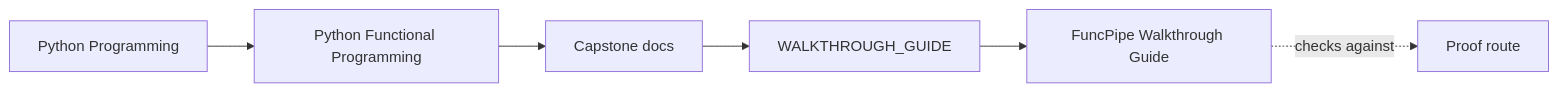
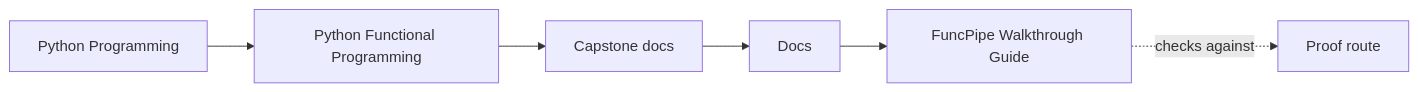
Before and after one commit to bijux/bijux-masterclass: the first of 2 diagrams in programs/python-programming/python-functional-programming/capstone/docs/walkthrough-guide.md, drawn with Mermaid. The commit also changed other lines of this file and 108 other files, not shown here.

````diff
--- a/programs/python-programming/python-functional-programming/capstone/docs/walkthrough-guide.md
+++ b/programs/python-programming/python-functional-programming/capstone/docs/walkthrough-guide.md
@@ -7,12 +7,12 @@
 ```mermaid
 graph LR
   family["Python Programming"]
   program["Python Functional Programming"]
   guide["Capstone docs"]
-  section["WALKTHROUGH_GUIDE"]
+  section["Docs"]
   page["FuncPipe Walkthrough Guide"]
   proof["Proof route"]
 
   family --> program --> guide --> section --> page
   page -.checks against.-> proof
 ```
````
